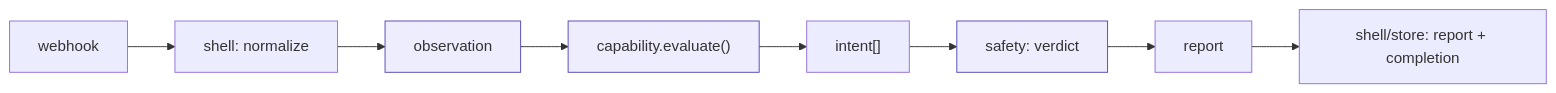
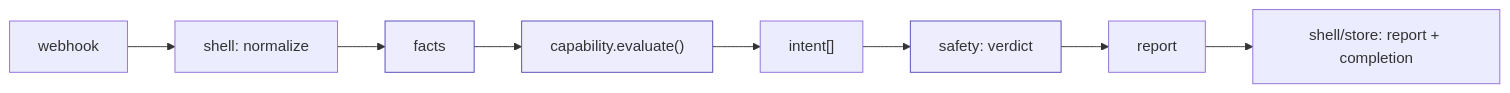
The third of 3 diagrams in packages/core/README.md (exploreriii/sdk-automations), drawn with Mermaid before and after one commit. The commit also changed other lines of this file and 460 other files, not shown here.

````diff
--- a/packages/core/README.md
+++ b/packages/core/README.md
@@ -115,13 +121,13 @@
 ```mermaid
 flowchart LR
     W["webhook"] --> N["shell: normalize"]
-    N --> O["observation"]
+    N --> O["facts"]
     O --> E["capability.evaluate()"]
     E --> I["intent[]"]
     I --> S["safety: verdict"]
     S --> R["report"]
     R --> C["shell/store: report + completion"]
     style E fill:#EEEDFE,stroke:#534AB7
     style S fill:#EEEDFE,stroke:#534AB7
     style O fill:#EEEDFE,stroke:#534AB7
 ```
````
